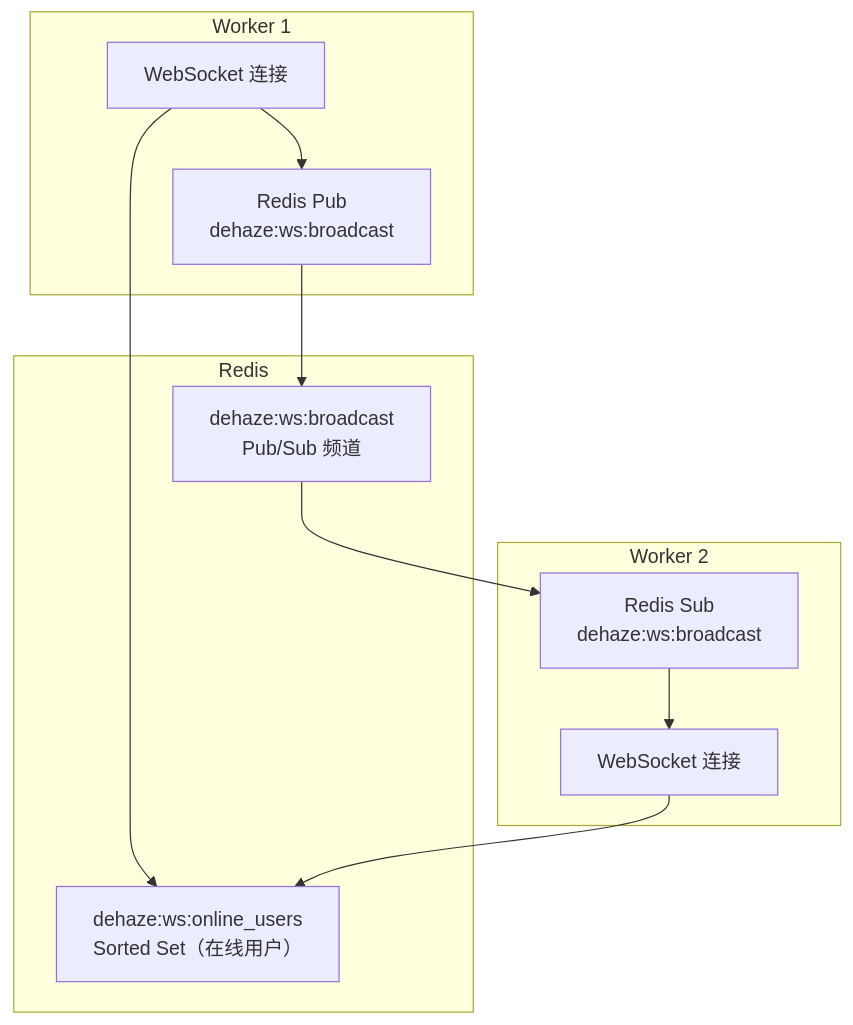
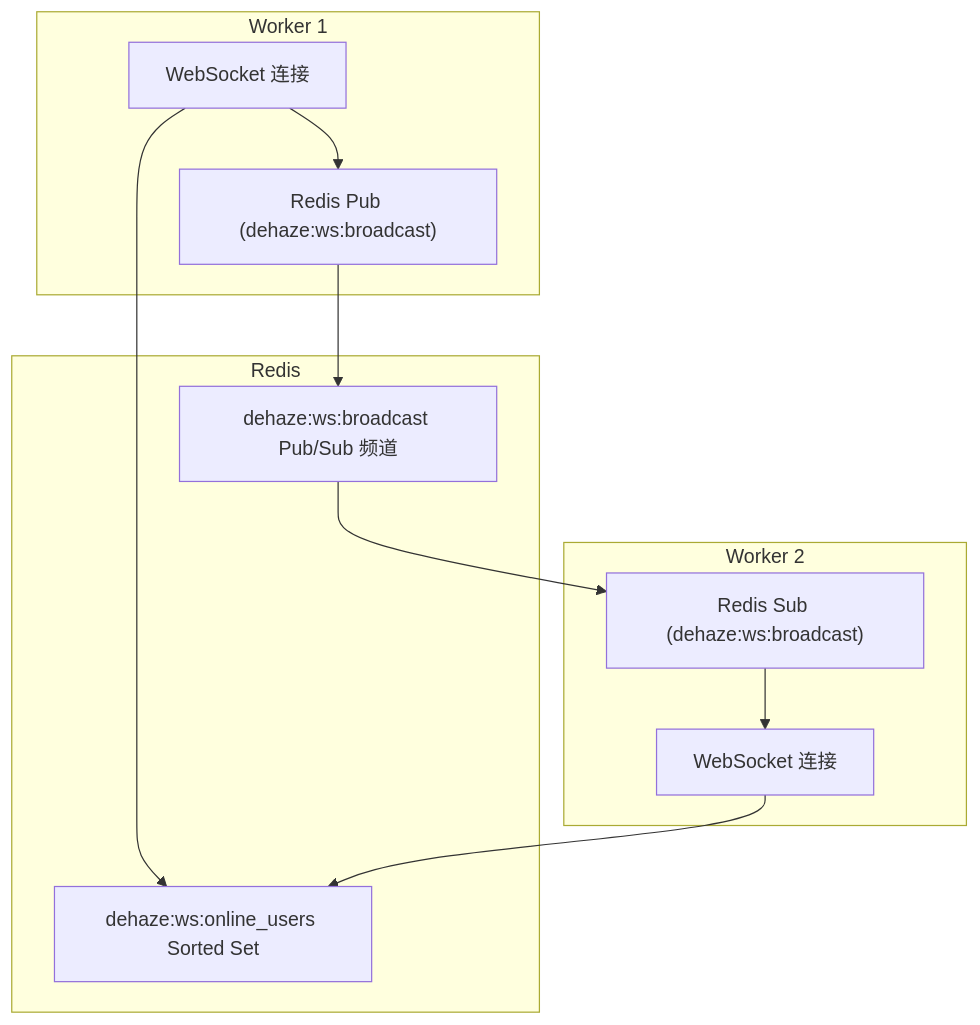
One commit to earthy-zinc/dehaze-system changed the ninth of 10 diagrams in dehaze-doc/docs/04-项目实现/后端/03-Python算法服务架构文档.md. Above: the diagram before and after it, drawn with Mermaid. The commit also changed other lines of this file and 755 other files, not shown here.

````diff
--- a/dehaze-doc/docs/04-项目实现/后端/03-Python算法服务架构文档.md
+++ b/dehaze-doc/docs/04-项目实现/后端/03-Python算法服务架构文档.md
@@ -1453,19 +401,19 @@
 ```mermaid
 flowchart TB
     subgraph Worker1["Worker 1"]
         WS1["WebSocket 连接"]
-        Pub1["Redis Pub<br/>dehaze:ws:broadcast"]
+        Pub1["Redis Pub (dehaze:ws:broadcast)"]
     end
     subgraph Worker2["Worker 2"]
         WS2["WebSocket 连接"]
-        Sub2["Redis Sub<br/>dehaze:ws:broadcast"]
+        Sub2["Redis Sub (dehaze:ws:broadcast)"]
     end
     subgraph Redis["Redis"]
-        Channel["dehaze:ws:broadcast<br/>Pub/Sub 频道"]
-        Online["dehaze:ws:online_users<br/>Sorted Set（在线用户）"]
+        Channel["dehaze:ws:broadcast Pub/Sub 频道"]
+        Online["dehaze:ws:online_users Sorted Set"]
     end
     WS1 --> Pub1 --> Channel
     Channel --> Sub2 --> WS2
     WS1 --> Online
     WS2 --> Online
 ```
````
